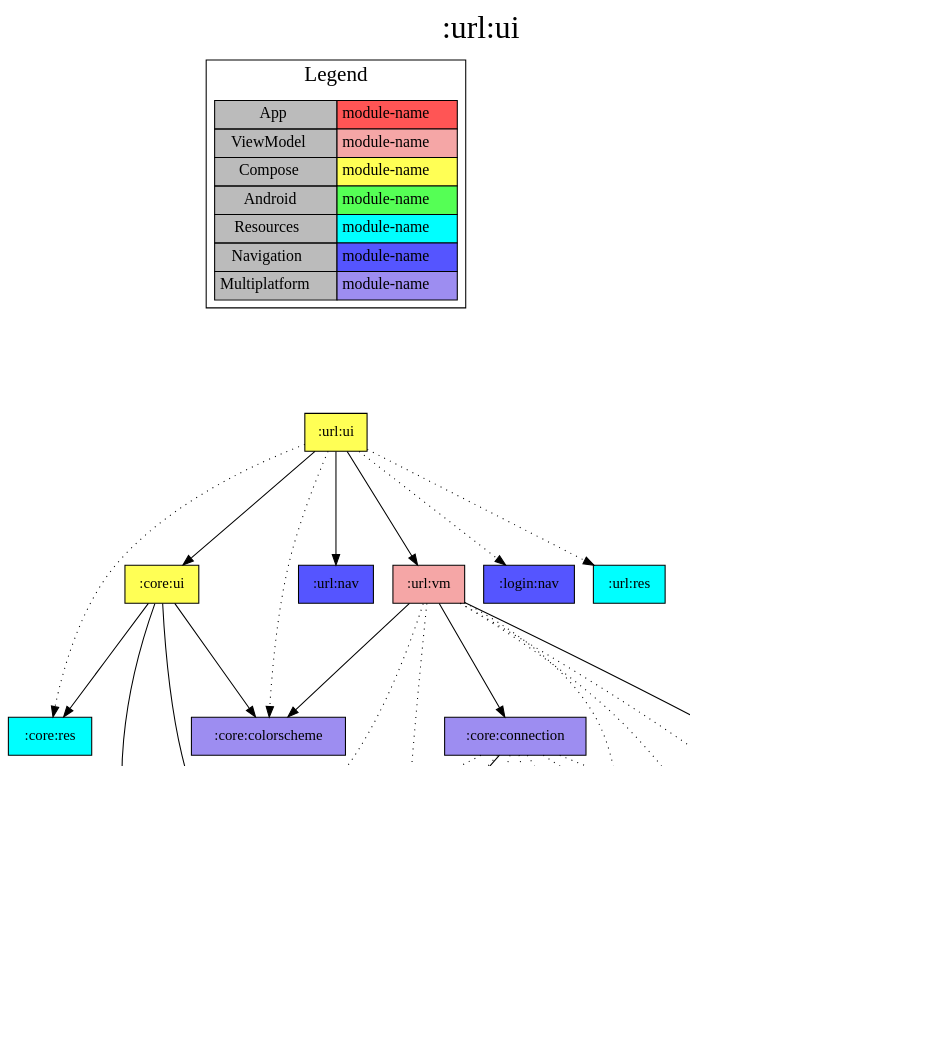
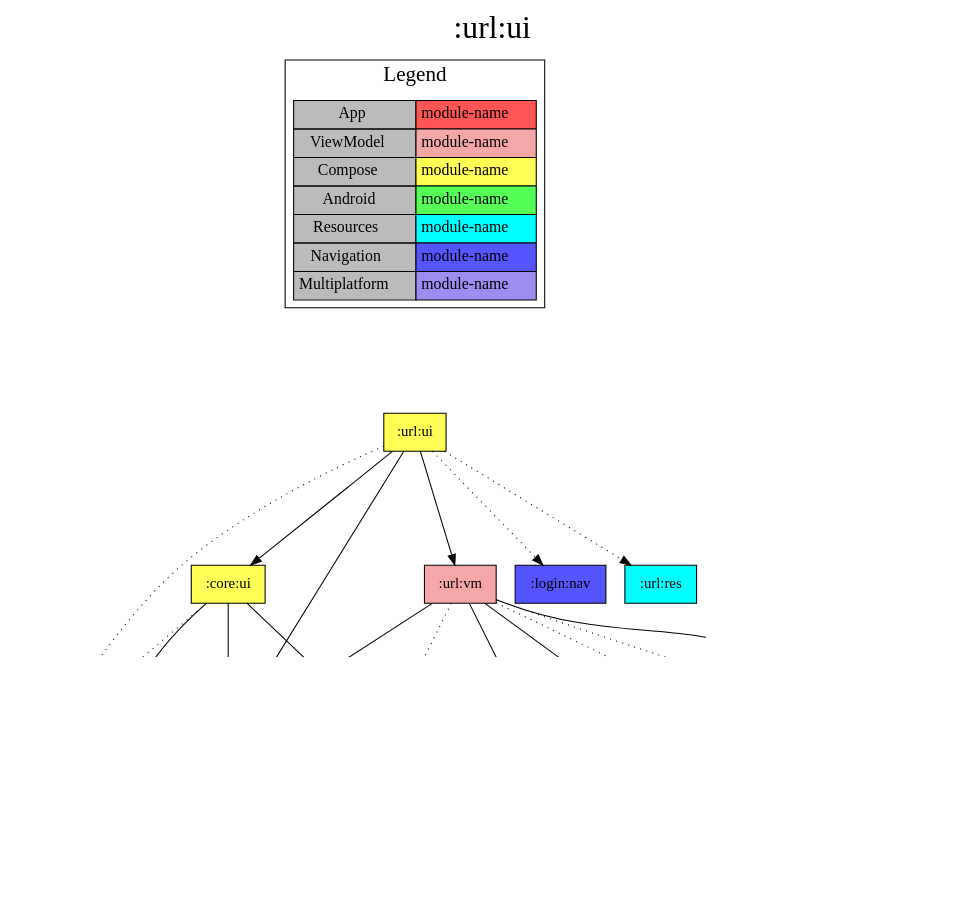
The diagram in modules/url/ui/project-dependency-graph.dot (jonapoul/aktual), drawn with Graphviz before and after one commit. The commit also changed 32 other files, not shown here.

```diff
--- a/modules/url/ui/project-dependency-graph.dot
+++ b/modules/url/ui/project-dependency-graph.dot
@@ -1,75 +1,60 @@
 digraph {
 edge ["dir"="forward"]
 graph ["dpi"="100","label"=":url:ui","labelloc"="t","fontsize"="30","ranksep"="1.5","rankdir"="TB"]
 node ["style"="filled"]
 ":url:ui" ["fillcolor"="#FFFF55","shape"="box"]
+":core:colorscheme" ["fillcolor"="#9D8DF1","shape"="box"]
 ":core:ui" ["fillcolor"="#FFFF55","shape"="box"]
-":core:colorscheme" ["fillcolor"="#9D8DF1","shape"="box"]
-":core:res" ["fillcolor"="#00FFFF","shape"="box"]
 ":core:versions" ["fillcolor"="#9D8DF1","shape"="box"]
 ":core:buildconfig" ["fillcolor"="#9D8DF1","shape"="box"]
 ":url:model" ["fillcolor"="#9D8DF1","shape"="box"]
-":url:nav" ["fillcolor"="#5555FF","shape"="box"]
+":core:res" ["fillcolor"="#00FFFF","shape"="box"]
 ":url:vm" ["fillcolor"="#F5A6A6","shape"="box"]
-":core:connection" ["fillcolor"="#9D8DF1","shape"="box"]
+":core:coroutines" ["fillcolor"="#9D8DF1","shape"="box"]
+":core:log" ["fillcolor"="#9D8DF1","shape"="box"]
 ":api:actual" ["fillcolor"="#9D8DF1","shape"="box"]
 ":login:model" ["fillcolor"="#9D8DF1","shape"="box"]
-":api:core" ["fillcolor"="#9D8DF1","shape"="box"]
-":core:log" ["fillcolor"="#9D8DF1","shape"="box"]
-":core:coroutines" ["fillcolor"="#9D8DF1","shape"="box"]
 ":url:prefs" ["fillcolor"="#9D8DF1","shape"="box"]
 ":login:nav" ["fillcolor"="#5555FF","shape"="box"]
 ":url:res" ["fillcolor"="#00FFFF","shape"="box"]
 {
 edge ["dir"="none"]
 graph ["rank"="same"]
 }
+":url:ui" -> ":core:colorscheme"
 ":url:ui" -> ":core:ui"
-":url:ui" -> ":url:nav"
 ":url:ui" -> ":url:vm"
-":url:ui" -> ":core:colorscheme" ["style"="dotted"]
 ":url:ui" -> ":core:res" ["style"="dotted"]
 ":url:ui" -> ":login:nav" ["style"="dotted"]
 ":url:ui" -> ":url:res" ["style"="dotted"]
 ":core:ui" -> ":core:colorscheme"
-":core:ui" -> ":core:res"
 ":core:ui" -> ":core:versions"
 ":core:ui" -> ":url:model"
+":core:ui" -> ":core:res" ["style"="dotted"]
 ":core:versions" -> ":core:buildconfig"
 ":url:vm" -> ":core:colorscheme"
-":url:vm" -> ":core:connection"
+":url:vm" -> ":core:coroutines"
+":url:vm" -> ":core:log"
 ":url:vm" -> ":url:model"
 ":url:vm" -> ":api:actual" ["style"="dotted"]
-":url:vm" -> ":core:coroutines" ["style"="dotted"]
-":url:vm" -> ":core:log" ["style"="dotted"]
 ":url:vm" -> ":core:versions" ["style"="dotted"]
 ":url:vm" -> ":url:prefs" ["style"="dotted"]
-":core:connection" -> ":core:buildconfig"
-":core:connection" -> ":api:actual" ["style"="dotted"]
-":core:connection" -> ":api:core" ["style"="dotted"]
-":core:connection" -> ":core:coroutines" ["style"="dotted"]
-":core:connection" -> ":core:log" ["style"="dotted"]
-":core:connection" -> ":core:versions" ["style"="dotted"]
-":core:connection" -> ":url:model" ["style"="dotted"]
-":core:connection" -> ":url:prefs" ["style"="dotted"]
 ":api:actual" -> ":login:model"
 ":api:actual" -> ":url:model"
-":api:core" -> ":core:log"
-":api:core" -> ":url:model"
 ":url:prefs" -> ":url:model"
 subgraph "cluster_legend" {
 edge ["dir"="none"]
 graph ["label"="Legend","fontsize"="20"]
 "Legend" ["style"="filled","fillcolor"="#bbbbbb","shape"="none","margin"="0","fontsize"="15","label"=<
 <TABLE BORDER="0" CELLBORDER="1" CELLSPACING="0" CELLPADDING="4">
 <TR><TD>App</TD><TD BGCOLOR="#FF5555">module-name</TD></TR>
 <TR><TD>ViewModel</TD><TD BGCOLOR="#F5A6A6">module-name</TD></TR>
 <TR><TD>Compose</TD><TD BGCOLOR="#FFFF55">module-name</TD></TR>
 <TR><TD>Android</TD><TD BGCOLOR="#55FF55">module-name</TD></TR>
 <TR><TD>Resources</TD><TD BGCOLOR="#00FFFF">module-name</TD></TR>
 <TR><TD>Navigation</TD><TD BGCOLOR="#5555FF">module-name</TD></TR>
 <TR><TD>Multiplatform</TD><TD BGCOLOR="#9D8DF1">module-name</TD></TR>
 </TABLE>
 >]
 } -> ":url:ui" ["style"="invis"]
 }
```
